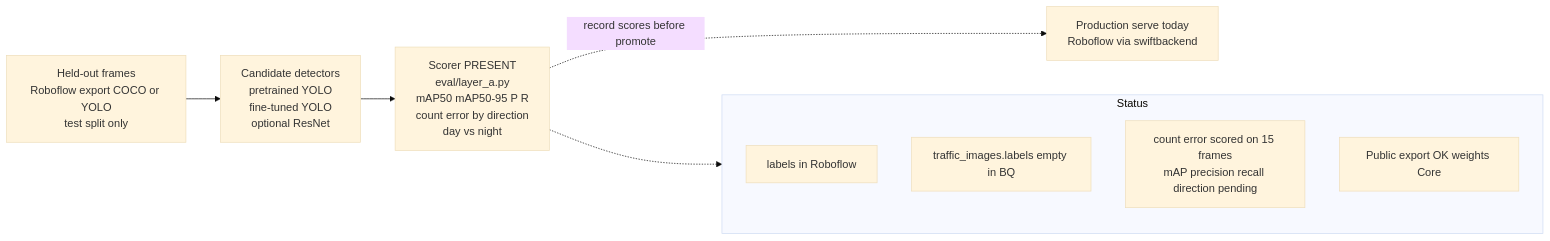
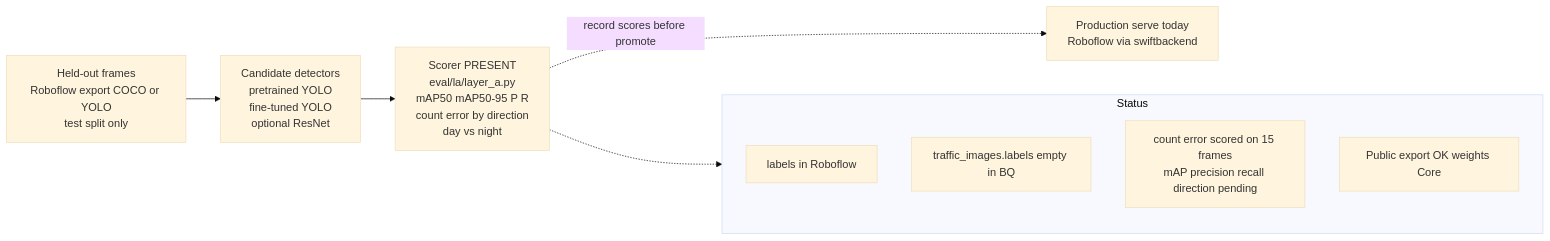
Before and after one commit to sozuken-max/swiftborder: the first of 2 diagrams in docs/evaluation.md, drawn with Mermaid (base theme). The commit also changed other lines of this file and 231 other files, not shown here.

````diff
--- a/docs/evaluation.md
+++ b/docs/evaluation.md
@@ -179,18 +179,18 @@
 ```mermaid
 flowchart LR
   EXP["Held-out frames<br/>Roboflow export COCO or YOLO<br/>test split only"]
   CAND["Candidate detectors<br/>pretrained YOLO<br/>fine-tuned YOLO<br/>optional ResNet"]
-  HARNESS["Scorer PRESENT<br/>eval/layer_a.py<br/>mAP50 mAP50-95 P R<br/>count error by direction<br/>day vs night"]
+  HARNESS["Scorer PRESENT<br/>eval/la/layer_a.py<br/>mAP50 mAP50-95 P R<br/>count error by direction<br/>day vs night"]
   SERVE["Production serve today<br/>Roboflow via swiftbackend"]
   EXP --> CAND --> HARNESS
   HARNESS -.->|"record scores before promote"| SERVE
 
   subgraph STATUS["Status"]
     S1["labels in Roboflow"]
     S2["traffic_images.labels empty in BQ"]
     S3["count error scored on 15 frames<br/>mAP precision recall direction pending"]
     S4["Public export OK weights Core"]
   end
 
   HARNESS -.-> STATUS
 ```
````
